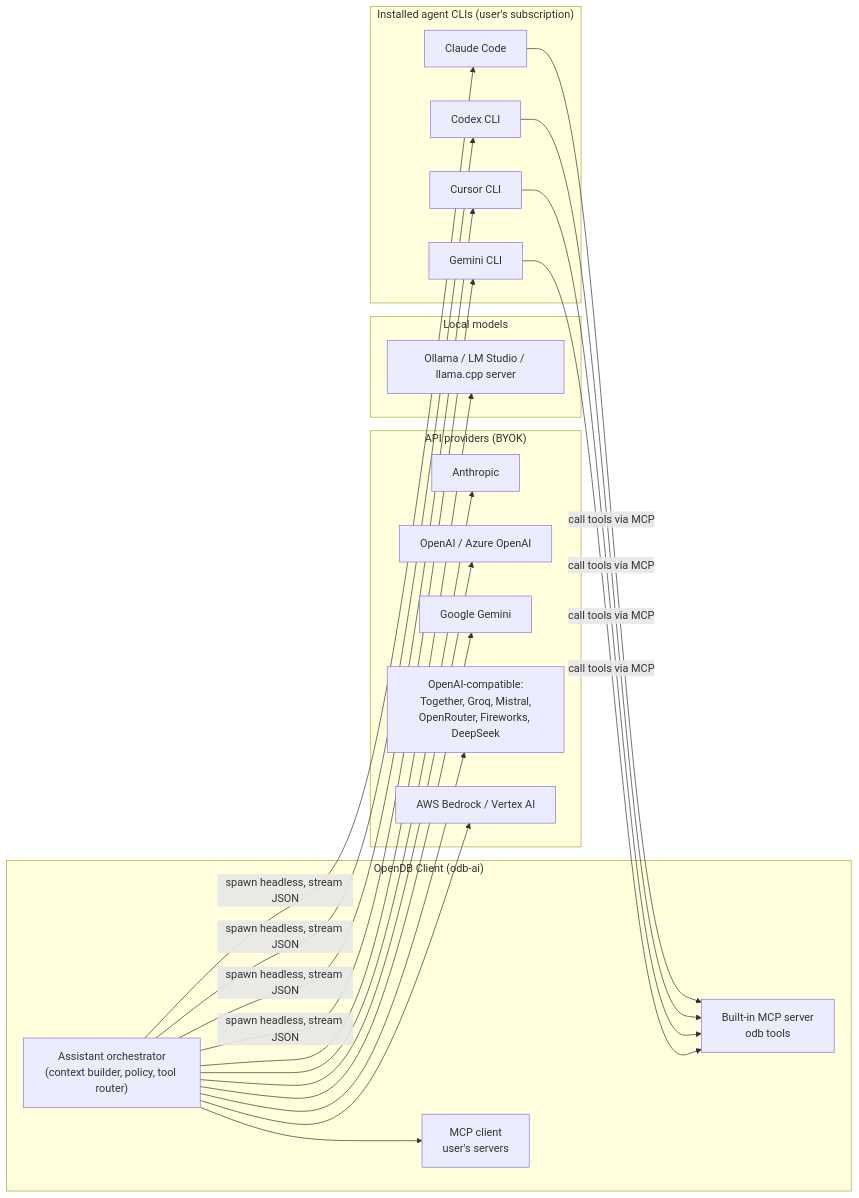
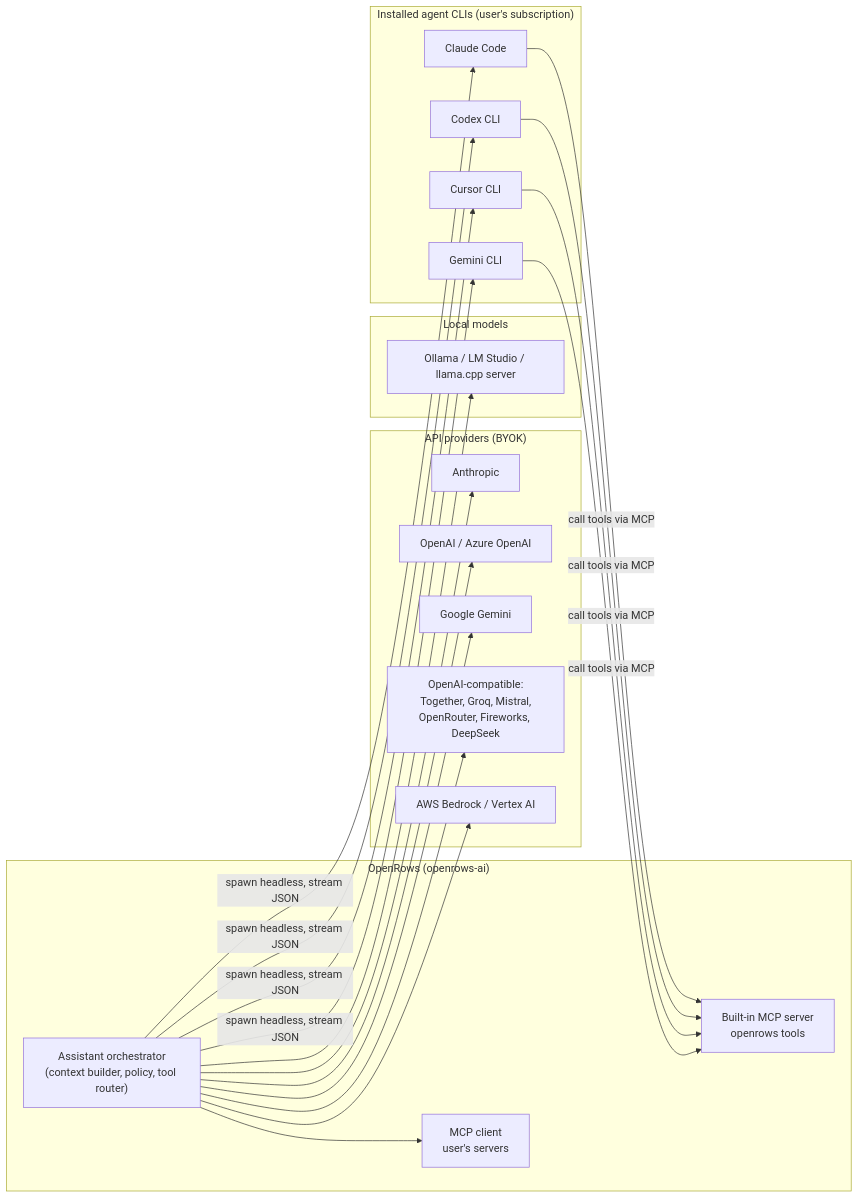
The first of 2 diagrams in docs/23-ai-assistant.md (theetaz/open-rows), drawn with Mermaid before and after one commit. The commit also changed other lines of this file and 31 other files, not shown here.

First line of the commit message:
docs: rename project to OpenRows

````diff
--- a/docs/23-ai-assistant.md
+++ b/docs/23-ai-assistant.md
@@ -25,29 +25,29 @@
 ```mermaid
 flowchart LR
-    subgraph app["OpenDB Client (odb-ai)"]
+    subgraph app["OpenRows (openrows-ai)"]
         orch["Assistant orchestrator<br/>(context builder, policy, tool router)"]
-        mcpS["Built-in MCP server<br/>odb tools"]
+        mcpS["Built-in MCP server<br/>openrows tools"]
         mcpC["MCP client<br/>user's servers"]
     end
     subgraph api["API providers (BYOK)"]
         anth["Anthropic"]
         oai["OpenAI / Azure OpenAI"]
         gem["Google Gemini"]
         oc["OpenAI-compatible:<br/>Together, Groq, Mistral,<br/>OpenRouter, Fireworks, DeepSeek"]
         bed["AWS Bedrock / Vertex AI"]
     end
     subgraph local["Local models"]
         oll["Ollama / LM Studio / llama.cpp server"]
     end
     subgraph cli["Installed agent CLIs (user's subscription)"]
         cc["Claude Code"]
         cx["Codex CLI"]
         cu["Cursor CLI"]
         gm["Gemini CLI"]
     end
     orch --> anth & oai & gem & oc & bed
     orch --> oll
     orch -->|spawn headless, stream JSON| cc & cx & cu & gm
     cc & cx & cu & gm -->|call tools via MCP| mcpS
     orch --> mcpC
 ```
````
